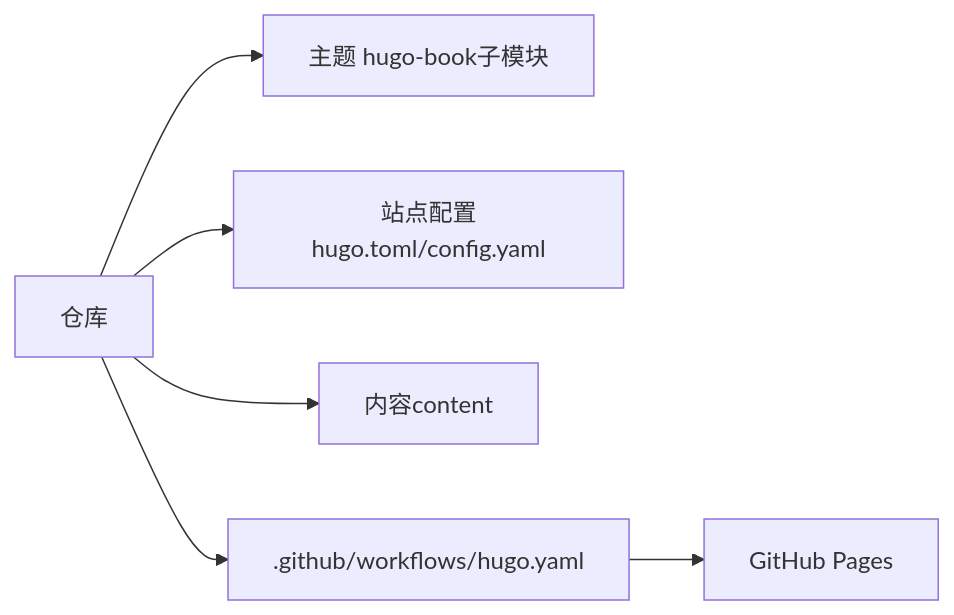
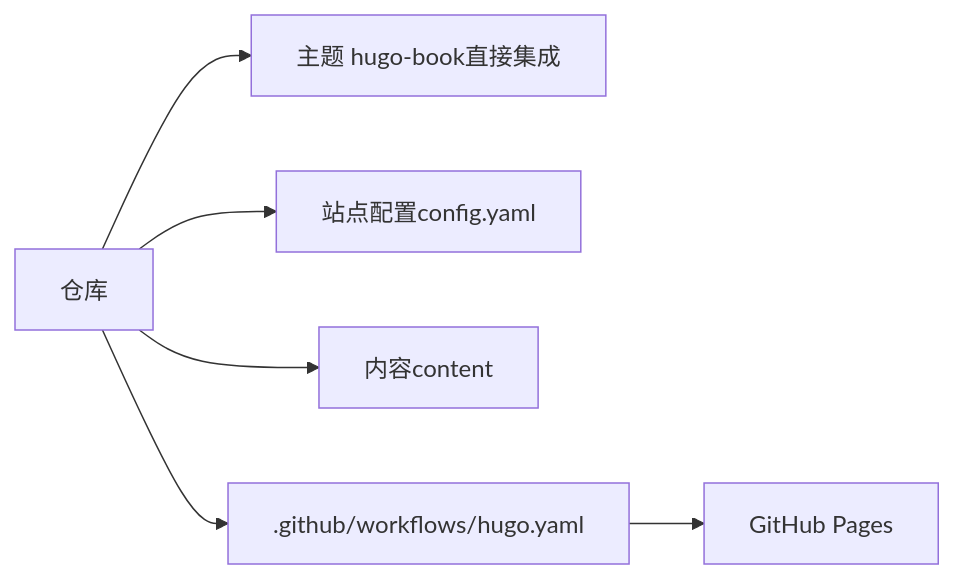
The fourth of 4 diagrams in .qoder/repowiki/zh/content/快速开始.md (nianjiang/nianjiang.github.io), drawn with Mermaid before and after one commit. The commit also changed other lines of this file and 22 other files, not shown here.

````diff
--- a/.qoder/repowiki/zh/content/快速开始.md
+++ b/.qoder/repowiki/zh/content/快速开始.md
@@ -209,8 +214,8 @@
 ```mermaid
 graph LR
-Repo["仓库"] --> Theme["主题 hugo-book子模块"]
-Repo --> Config["站点配置hugo.toml/config.yaml"]
+Repo["仓库"] --> Theme["主题 hugo-book直接集成"]
+Repo --> Config["站点配置config.yaml"]
 Repo --> Content["内容content"]
 Repo --> CI[".github/workflows/hugo.yaml"]
 CI --> Pages["GitHub Pages"]
 ```
````
